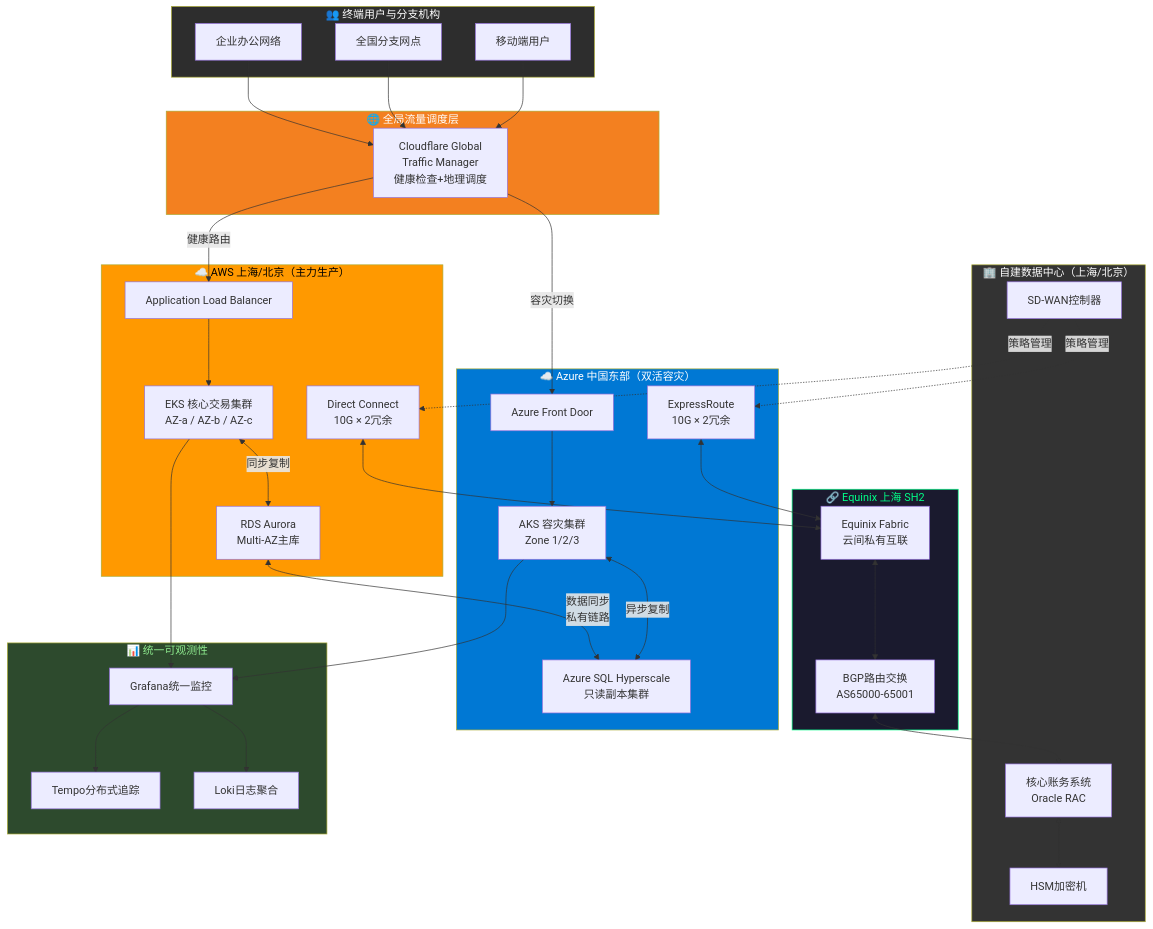
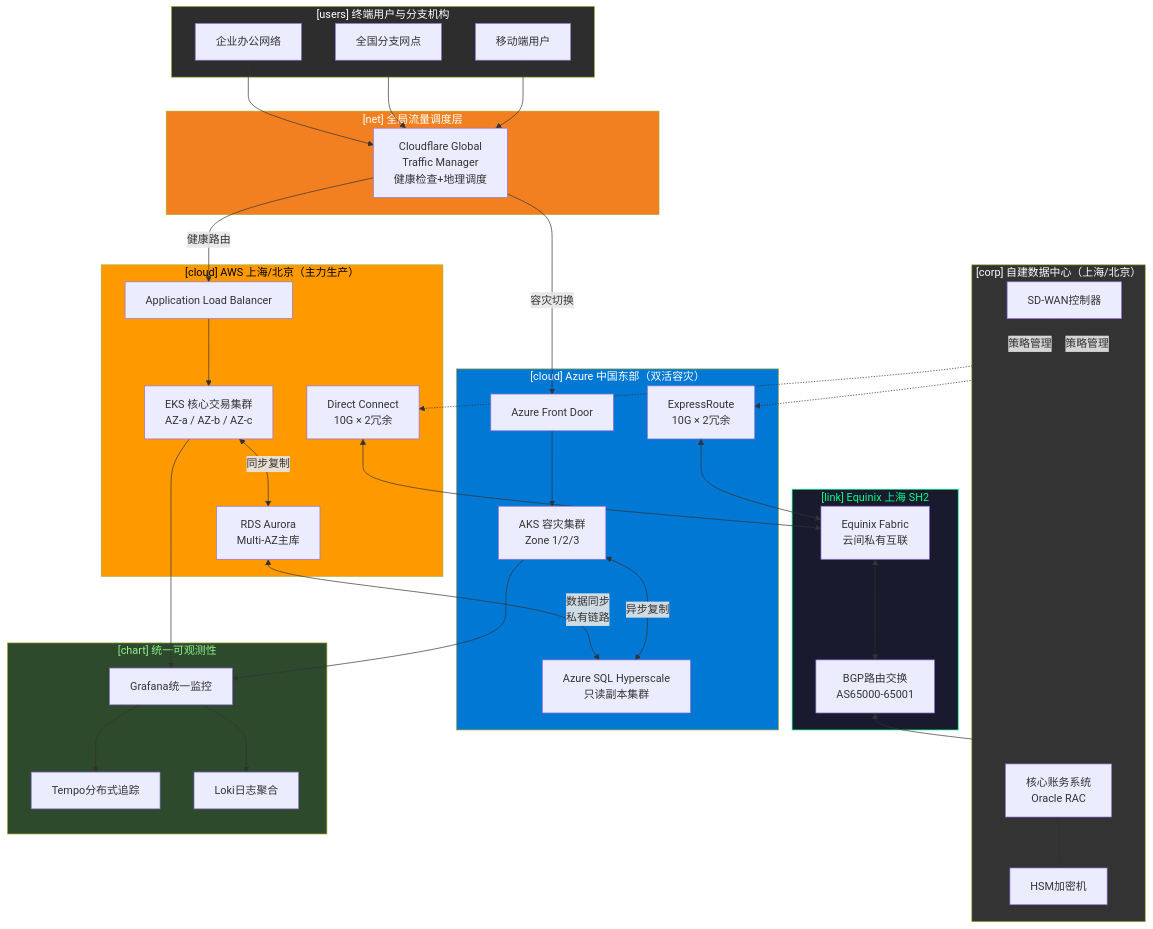
One commit to SKT-Shurima/NetworkMastery changed the fifth of 5 diagrams in docs/guide/cloud/multi-cloud.md. Above: the diagram before and after it, drawn with Mermaid. The commit also changed other lines of this file and 54 other files, not shown here.

````diff
--- a/docs/guide/cloud/multi-cloud.md
+++ b/docs/guide/cloud/multi-cloud.md
@@ -395,75 +395,75 @@
 ```mermaid
 graph TB
-    subgraph Users["👥 终端用户与分支机构"]
+    subgraph Users["[users] 终端用户与分支机构"]
         Mobile[移动端用户]
         Branch[全国分支网点]
         Corp[企业办公网络]
     end
 
-    subgraph GlobalLB["🌐 全局流量调度层"]
+    subgraph GlobalLB["[net] 全局流量调度层"]
         GTM[Cloudflare Global<br/>Traffic Manager<br/>健康检查+地理调度]
     end
 
-    subgraph AWS_Prod["☁️ AWS 上海/北京（主力生产）"]
+    subgraph AWS_Prod["[cloud] AWS 上海/北京（主力生产）"]
         ALB_AWS[Application Load Balancer]
         EKS_AWS[EKS 核心交易集群<br/>AZ-a / AZ-b / AZ-c]
         RDS_AWS[RDS Aurora<br/>Multi-AZ主库]
         DX_AWS[Direct Connect<br/>10G × 2冗余]
     end
 
-    subgraph Azure_DR["☁️ Azure 中国东部（双活容灾）"]
+    subgraph Azure_DR["[cloud] Azure 中国东部（双活容灾）"]
         FD[Azure Front Door]
         AKS_AZ[AKS 容灾集群<br/>Zone 1/2/3]
         SQL_AZ[Azure SQL Hyperscale<br/>只读副本集群]
         ER_AZ[ExpressRoute<br/>10G × 2冗余]
     end
 
-    subgraph Exchange["🔗 Equinix 上海 SH2"]
+    subgraph Exchange["[link] Equinix 上海 SH2"]
         Fabric[Equinix Fabric<br/>云间私有互联]
         ColoBGP[BGP路由交换<br/>AS65000-65001]
     end
 
-    subgraph IDCDC["🏢 自建数据中心（上海/北京）"]
+    subgraph IDCDC["[corp] 自建数据中心（上海/北京）"]
         CoreDB[核心账务系统<br/>Oracle RAC]
         HSM[HSM加密机]
         SDWANCtrl[SD-WAN控制器]
     end
 
-    subgraph Observability["📊 统一可观测性"]
+    subgraph Observability["[chart] 统一可观测性"]
         Grafana[Grafana统一监控]
         Tempo[Tempo分布式追踪]
         Loki[Loki日志聚合]
     end
 
     Mobile & Branch & Corp --> GTM
     GTM -->|健康路由| ALB_AWS
     GTM -->|容灾切换| FD
 
     ALB_AWS --> EKS_AWS
     EKS_AWS <-->|同步复制| RDS_AWS
     FD --> AKS_AZ
     AKS_AZ <-->|异步复制| SQL_AZ
 
     RDS_AWS <-->|数据同步<br/>私有链路| SQL_AZ
 
     DX_AWS <--> Fabric
     ER_AZ <--> Fabric
     Fabric <--> ColoBGP
     ColoBGP <--> CoreDB
 
     CoreDB <--> HSM
     SDWANCtrl -.->|策略管理| DX_AWS
     SDWANCtrl -.->|策略管理| ER_AZ
 
     EKS_AWS & AKS_AZ --> Grafana
     Grafana --> Tempo
     Grafana --> Loki
 
     style Users fill:#2d2d2d,color:#fff
     style GlobalLB fill:#f38020,color:#fff
     style AWS_Prod fill:#FF9900,color:#000
     style Azure_DR fill:#0078D4,color:#fff
     style Exchange fill:#1a1a2e,color:#00ff88,stroke:#00ff88
     style IDCDC fill:#333,color:#fff
     style Observability fill:#2d4a2d,color:#90ee90
 ```
````
